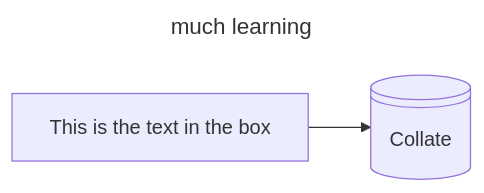
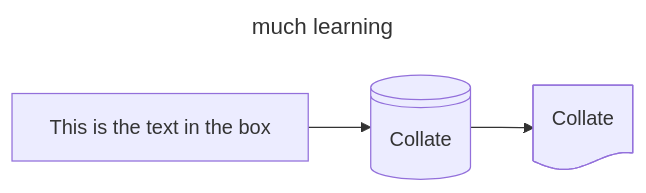
One commit to SerenaTech/docproj changed the second of 2 diagrams in neat.md. Above: the diagram before and after it, drawn with Mermaid.

````diff
--- a/neat.md
+++ b/neat.md
@@ -42,9 +42,9 @@
 ```mermaid
 ---
 title: much learning
 ---
 flowchart LR
 
-    id1[This is the text in the box]-->A@{ shape: lin-cyl, label: "Collate" }
+    id1[This is the text in the box]-->A@{ shape: lin-cyl, label: "Collate" }-->B@{ shape: doc, label: "Collate" }
 
 ```
````
